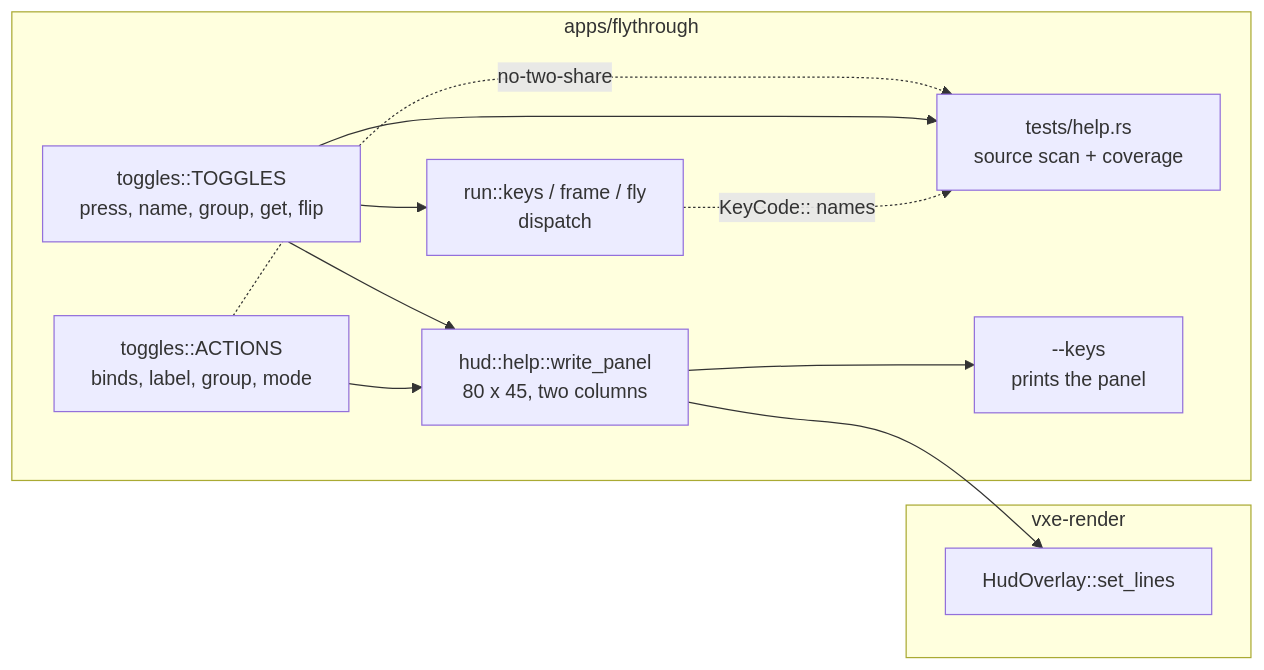
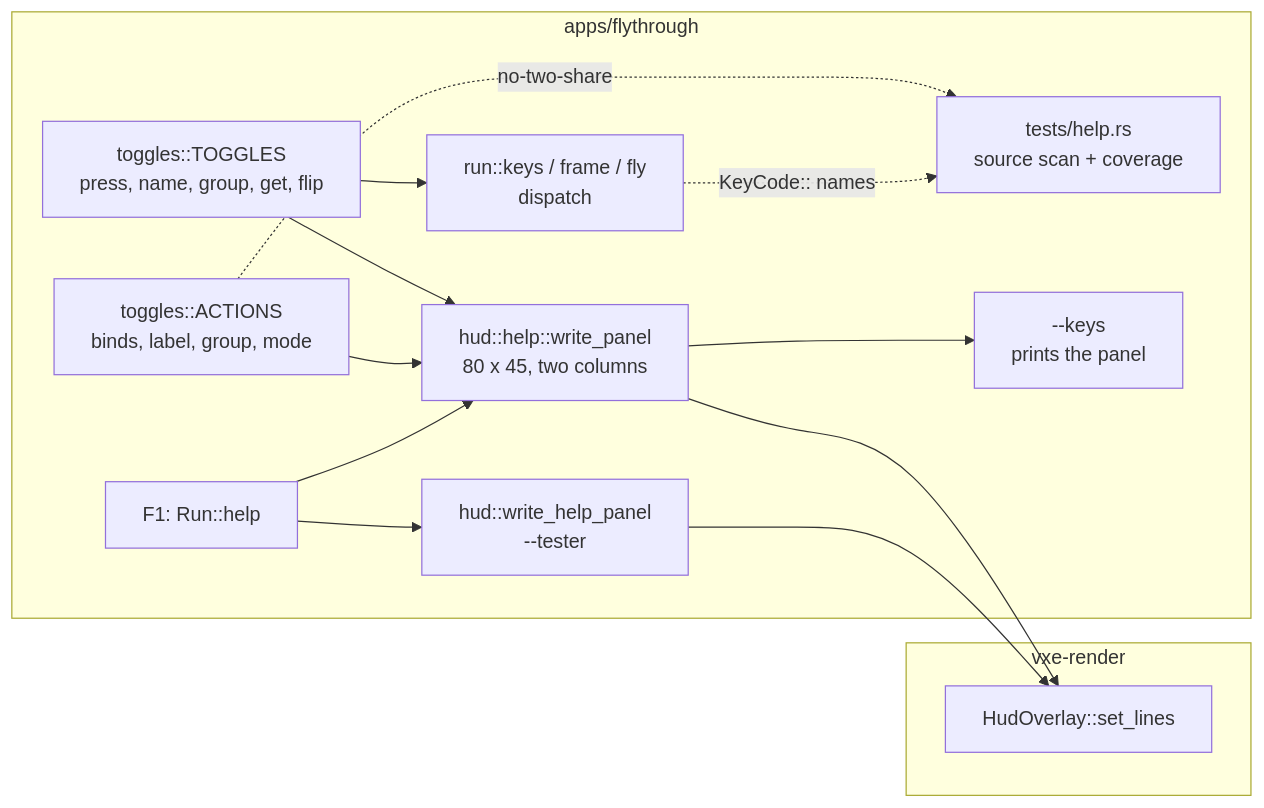
Before and after one commit to IgorKonovalov/voxel-engine: the diagram in docs/plans/0076-a-key-help-overlay-for-the-fly-through-from-the-key-table.md, drawn with Mermaid. The commit also changed other lines of this file and 1 other file, not shown here.

First line of the commit message:
docs(plans): approve plan 0076, F1 the help key and the readings on Enter

````diff
--- a/docs/plans/0076-a-key-help-overlay-for-the-fly-through-from-the-key-table.md
+++ b/docs/plans/0076-a-key-help-overlay-for-the-fly-through-from-the-key-table.md
@@ -89,22 +92,26 @@
 ```mermaid
 flowchart LR
     subgraph flythrough["apps/flythrough"]
         T[toggles::TOGGLES<br/>press, name, group, get, flip]
         A[toggles::ACTIONS<br/>binds, label, group, mode]
         K[run::keys / frame / fly<br/>dispatch]
+        F[F1: Run::help]
         H[hud::help::write_panel<br/>80 x 45, two columns]
+        W[hud::write_help_panel<br/>--tester]
         S[tests/help.rs<br/>source scan + coverage]
         P[--keys<br/>prints the panel]
     end
     subgraph render["vxe-render"]
         O[HudOverlay::set_lines]
     end
     T --> K
     T --> H
     A --> H
     A -.no-two-share.-> S
-    T --> S
     K -.KeyCode:: names.-> S
+    F --> H
+    F --> W
     H --> O
+    W --> O
     H --> P
 ```
````
